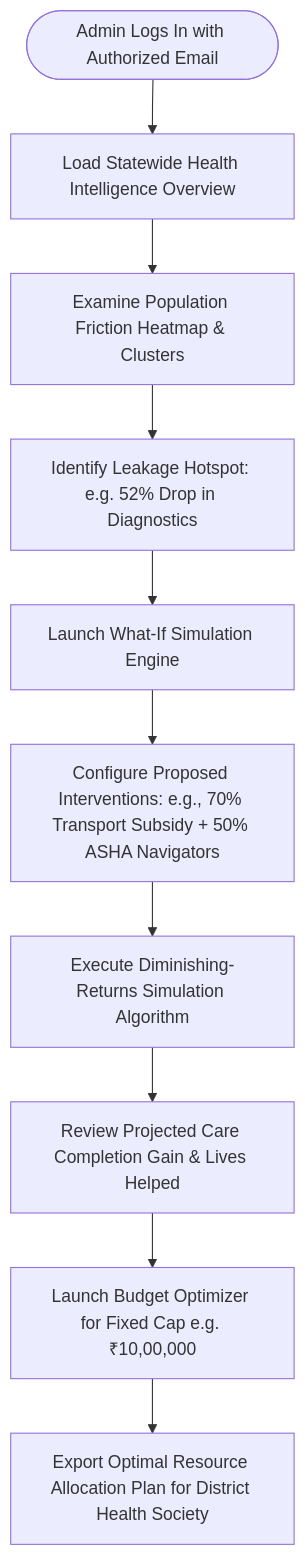
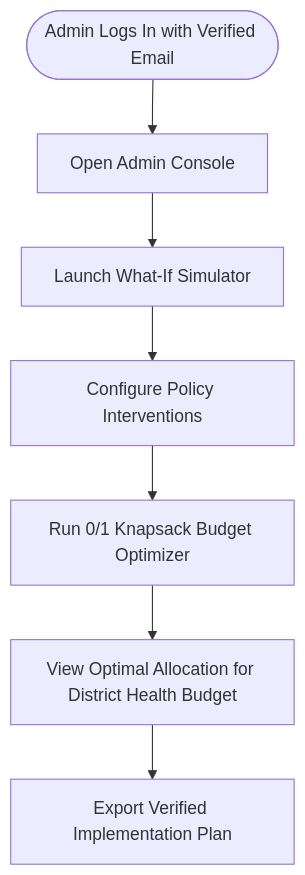
The sixth of 7 diagrams in WORKFLOW.md (satyamhq/pfis), drawn with Mermaid before and after one commit. The commit also changed other lines of this file and 7 other files, not shown here.

````diff
--- a/WORKFLOW.md
+++ b/WORKFLOW.md
@@ -72,12 +116,9 @@
 ```mermaid
 flowchart TD
-    StartAdmin([Admin Logs In with Authorized Email]) --> LoadDash[Load Statewide Health Intelligence Overview]
-    LoadDash --> InspectMap[Examine Population Friction Heatmap & Clusters]
-    InspectMap --> IdentifyDrop[Identify Leakage Hotspot: e.g. 52% Drop in Diagnostics]
-    IdentifyDrop --> OpenSim[Launch What-If Simulation Engine]
-    OpenSim --> AdjustSliders[Configure Proposed Interventions: e.g., 70% Transport Subsidy + 50% ASHA Navigators]
-    AdjustSliders --> RunSim[Execute Diminishing-Returns Simulation Algorithm]
-    RunSim --> ReviewResults[Review Projected Care Completion Gain & Lives Helped]
-    ReviewResults --> RunOpt[Launch Budget Optimizer for Fixed Cap e.g. ₹10,00,000]
-    RunOpt --> FinalPolicy[Export Optimal Resource Allocation Plan for District Health Society]
+    StartAdmin([Admin Logs In with Verified Email]) --> OpenConsole[Open Admin Console]
+    OpenConsole --> LaunchSim[Launch What-If Simulator]
+    LaunchSim --> ConfigPackage[Configure Policy Interventions]
+    ConfigPackage --> RunKnapsack[Run 0/1 Knapsack Budget Optimizer]
+    RunKnapsack --> OptimalResult[View Optimal Allocation for District Health Budget]
+    OptimalResult --> ExportPolicy[Export Verified Implementation Plan]
 ```
````
